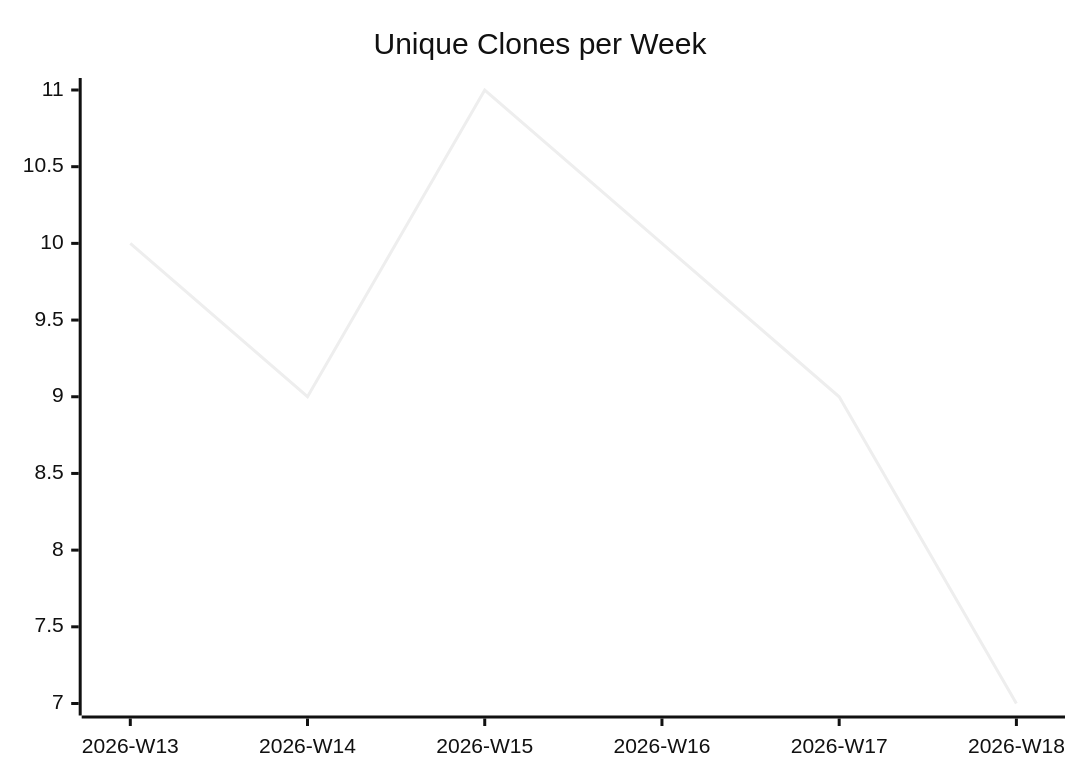
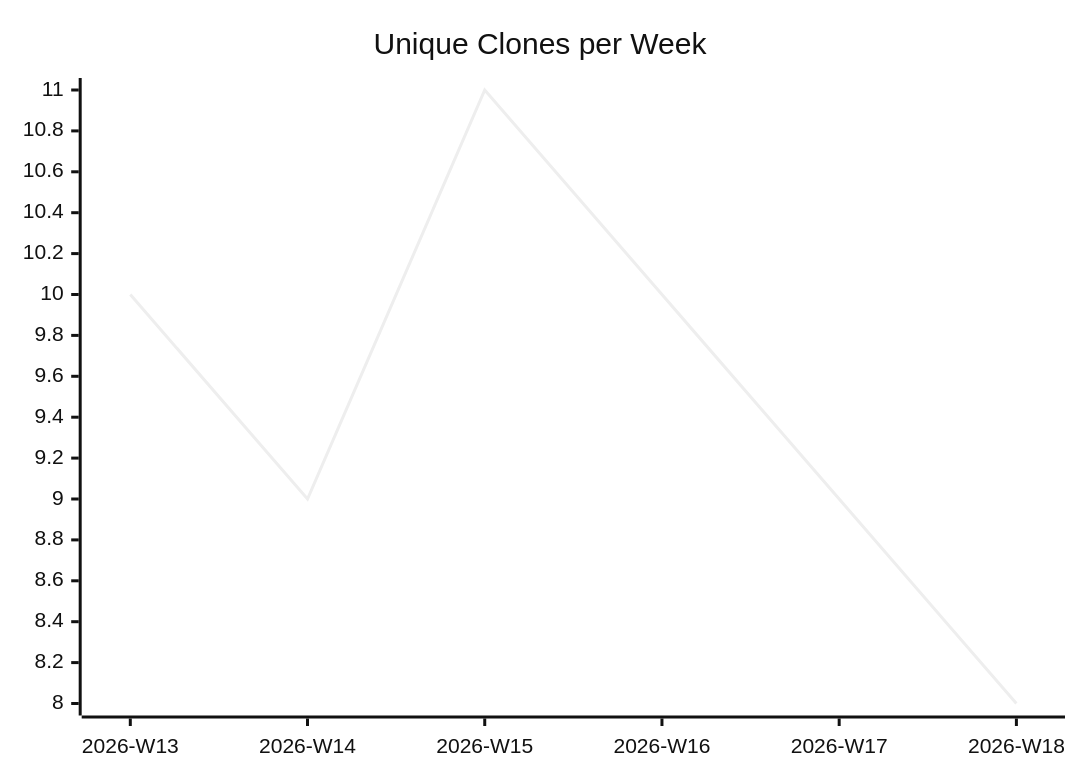
One commit to justdavis-family/github-analytics-data changed the third of 3 diagrams in karlmdavis/usgs-water-api-java/README.md. Above: the diagram before and after it, drawn with Mermaid (neutral theme). The commit also changed other lines of this file and 187 other files, not shown here.

````diff
--- a/karlmdavis/usgs-water-api-java/README.md
+++ b/karlmdavis/usgs-water-api-java/README.md
@@ -19,6 +19,6 @@
 ```mermaid
 xychart-beta
   title "Unique Clones per Week"
   x-axis ["2026-W13", "2026-W14", "2026-W15", "2026-W16", "2026-W17", "2026-W18"]
-  line [10, 9, 11, 10, 9, 7]
+  line [10, 9, 11, 10, 9, 8]
 ```
````
